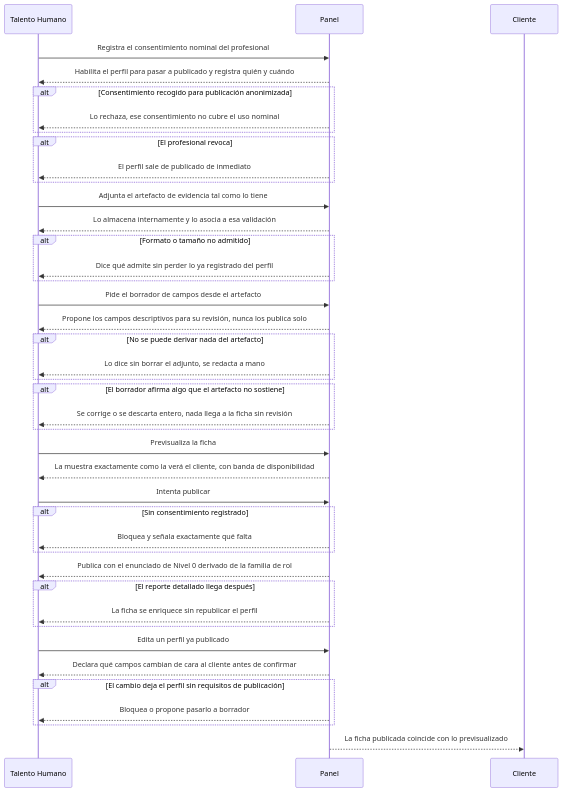
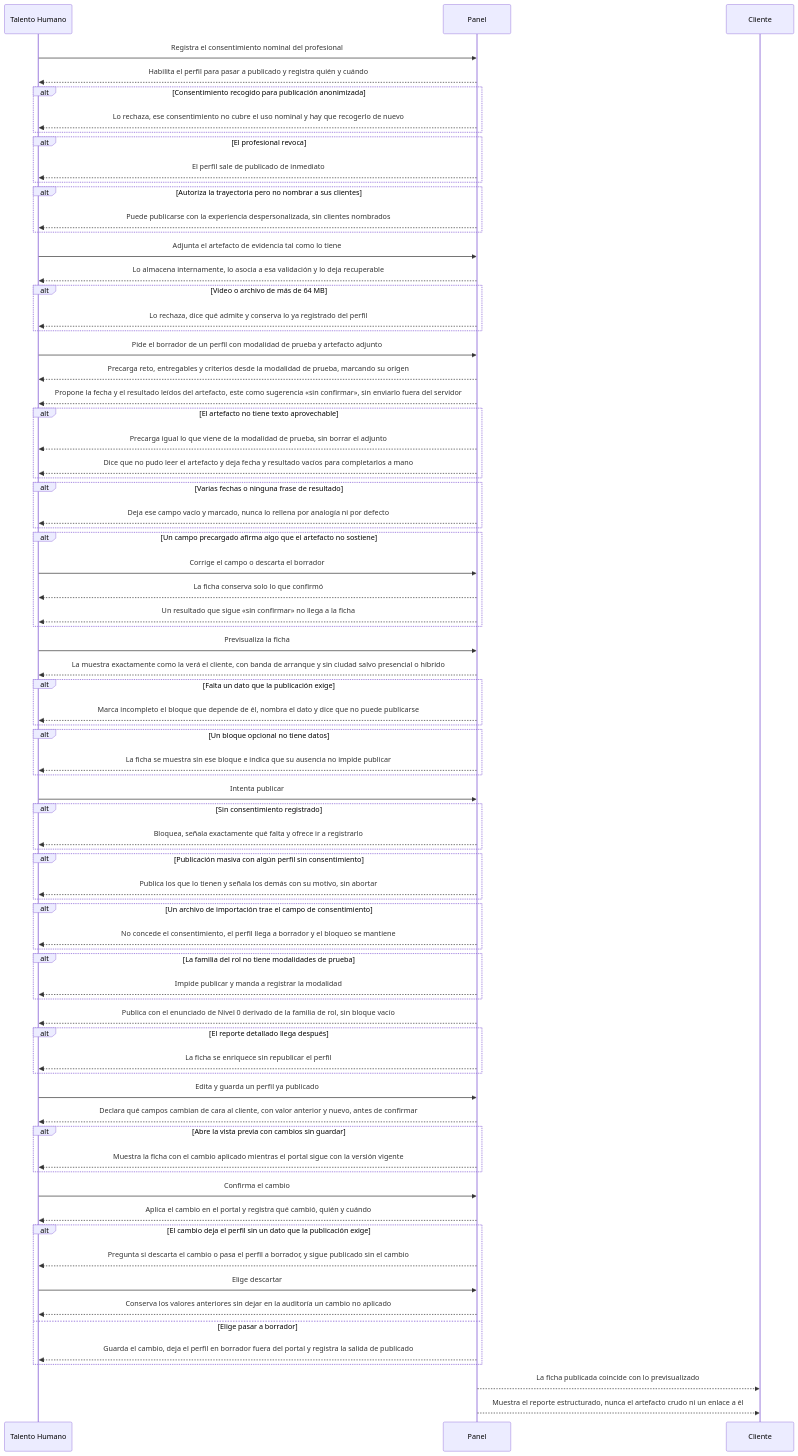
The second of 3 diagrams in docs/06-flows/EP-006-administracion-del-inventario.md (JesusSeguraCO/ps-app-neural), drawn with Mermaid before and after one commit. The commit also changed other lines of this file and 29 other files, not shown here.

First line of the commit message:
docs(ep-006): historias de EP-006 validadas con INVEST y listas para construir

````diff
--- a/docs/06-flows/EP-006-administracion-del-inventario.md
+++ b/docs/06-flows/EP-006-administracion-del-inventario.md
@@ -135,7 +191,7 @@
   %% HU-127
   alt Consentimiento recogido para publicación anonimizada
     %% HU-127
-    P-->>TH: Lo rechaza, ese consentimiento no cubre el uso nominal
+    P-->>TH: Lo rechaza, ese consentimiento no cubre el uso nominal y hay que recogerlo de nuevo
   end
 
   %% HU-127
@@ -144,49 +200,100 @@
     P-->>TH: El perfil sale de publicado de inmediato
   end
 
+  %% HU-127
+  alt Autoriza la trayectoria pero no nombrar a sus clientes
+    %% HU-127
+    P-->>TH: Puede publicarse con la experiencia despersonalizada, sin clientes nombrados
+  end
+
   %% HU-131
   TH->>P: Adjunta el artefacto de evidencia tal como lo tiene
   %% HU-131
-  P-->>TH: Lo almacena internamente y lo asocia a esa validación
+  P-->>TH: Lo almacena internamente, lo asocia a esa validación y lo deja recuperable
 
   %% HU-131
-  alt Formato o tamaño no admitido
+  alt Video o archivo de más de 64 MB
     %% HU-131
-    P-->>TH: Dice qué admite sin perder lo ya registrado del perfil
+    P-->>TH: Lo rechaza, dice qué admite y conserva lo ya registrado del perfil
   end
 
   %% HU-140
-  TH->>P: Pide el borrador de campos desde el artefacto
+  TH->>P: Pide el borrador de un perfil con modalidad de prueba y artefacto adjunto
   %% HU-140
-  P-->>TH: Propone los campos descriptivos para su revisión, nunca los publica solo
+  P-->>TH: Precarga reto, entregables y criterios desde la modalidad de prueba, marcando su origen
+
+  %% HU-149
+  P-->>TH: Propone la fecha y el resultado leídos del artefacto, este como sugerencia «sin confirmar», sin enviarlo fuera del servidor
 
   %% HU-140
-  alt No se puede derivar nada del artefacto
+  alt El artefacto no tiene texto aprovechable
     %% HU-140
-    P-->>TH: Lo dice sin borrar el adjunto, se redacta a mano
+    P-->>TH: Precarga igual lo que viene de la modalidad de prueba, sin borrar el adjunto
+    %% HU-149
+    P-->>TH: Dice que no pudo leer el artefacto y deja fecha y resultado vacíos para completarlos a mano
+  end
+
+  %% HU-149
+  alt Varias fechas o ninguna frase de resultado
+    %% HU-149
+    P-->>TH: Deja ese campo vacío y marcado, nunca lo rellena por analogía ni por defecto
   end
 
   %% HU-140
-  alt El borrador afirma algo que el artefacto no sostiene
+  alt Un campo precargado afirma algo que el artefacto no sostiene
     %% HU-140
-    P-->>TH: Se corrige o se descarta entero, nada llega a la ficha sin revisión
+    TH->>P: Corrige el campo o descarta el borrador
+    %% HU-140
+    P-->>TH: La ficha conserva solo lo que confirmó
+    %% HU-149
+    P-->>TH: Un resultado que sigue «sin confirmar» no llega a la ficha
   end
 
   %% HU-129
   TH->>P: Previsualiza la ficha
   %% HU-129
-  P-->>TH: La muestra exactamente como la verá el cliente, con banda de disponibilidad
+  P-->>TH: La muestra exactamente como la verá el cliente, con banda de arranque y sin ciudad salvo presencial o híbrido
+
+  %% HU-129
+  alt Falta un dato que la publicación exige
+    %% HU-129
+    P-->>TH: Marca incompleto el bloque que depende de él, nombra el dato y dice que no puede publicarse
+  end
+
+  %% HU-129
+  alt Un bloque opcional no tiene datos
+    %% HU-129
+    P-->>TH: La ficha se muestra sin ese bloque e indica que su ausencia no impide publicar
+  end
 
   %% HU-128
   TH->>P: Intenta publicar
   %% HU-128
   alt Sin consentimiento registrado
     %% HU-128
-    P-->>TH: Bloquea y señala exactamente qué falta
+    P-->>TH: Bloquea, señala exactamente qué falta y ofrece ir a registrarlo
+  end
+
+  %% HU-128
+  alt Publicación masiva con algún perfil sin consentimiento
+    %% HU-128
+    P-->>TH: Publica los que lo tienen y señala los demás con su motivo, sin abortar
+  end
+
+  %% HU-128
+  alt Un archivo de importación trae el campo de consentimiento
+    %% HU-128
+    P-->>TH: No concede el consentimiento, el perfil llega a borrador y el bloqueo se mantiene
   end
 
   %% HU-130
-  P-->>TH: Publica con el enunciado de Nivel 0 derivado de la familia de rol
+  alt La familia del rol no tiene modalidades de prueba
+    %% HU-130
+    P-->>TH: Impide publicar y manda a registrar la modalidad
+  end
+
+  %% HU-130
+  P-->>TH: Publica con el enunciado de Nivel 0 derivado de la familia de rol, sin bloque vacío
 
   %% HU-130
   alt El reporte detallado llega después
@@ -195,16 +302,36 @@
   end
 
   %% HU-126
-  TH->>P: Edita un perfil ya publicado
+  TH->>P: Edita y guarda un perfil ya publicado
   %% HU-126
-  P-->>TH: Declara qué campos cambian de cara al cliente antes de confirmar
+  P-->>TH: Declara qué campos cambian de cara al cliente, con valor anterior y nuevo, antes de confirmar
+
+  %% HU-129
+  alt Abre la vista previa con cambios sin guardar
+    %% HU-129
+    P-->>TH: Muestra la ficha con el cambio aplicado mientras el portal sigue con la versión vigente
+  end
 
   %% HU-126
-  alt El cambio deja el perfil sin requisitos de publicación
+  TH->>P: Confirma el cambio
+  %% HU-126
+  P-->>TH: Aplica el cambio en el portal y registra qué cambió, quién y cuándo
+
+  %% HU-126
+  alt El cambio deja el perfil sin un dato que la publicación exige
     %% HU-126
-    P-->>TH: Bloquea o propone pasarlo a borrador
+    P-->>TH: Pregunta si descarta el cambio o pasa el perfil a borrador, y sigue publicado sin el cambio
+    %% HU-126
+    TH->>P: Elige descartar
+    %% HU-126
+    P-->>TH: Conserva los valores anteriores sin dejar en la auditoría un cambio no aplicado
+  else Elige pasar a borrador
+    %% HU-126
+    P-->>TH: Guarda el cambio, deja el perfil en borrador fuera del portal y registra la salida de publicado
   end
 
   %% HU-129
   P-->>C: La ficha publicada coincide con lo previsualizado
+  %% HU-131
+  P-->>C: Muestra el reporte estructurado, nunca el artefacto crudo ni un enlace a él
 ```
````
